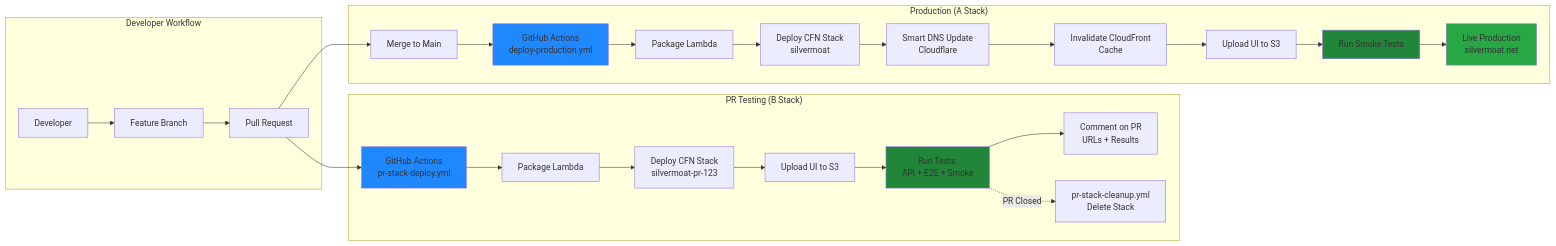
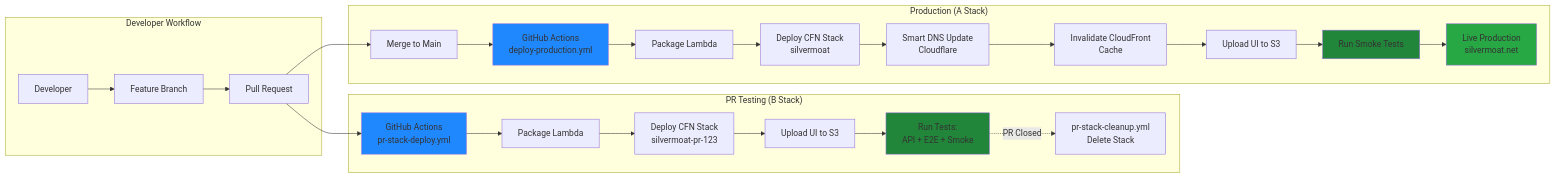
The fifth of 15 diagrams in README.md (SkyflowFoundry/Silvermoat), drawn with Mermaid before and after one commit. The commit also changed other lines of this file and 2 other files, not shown here.

````diff
--- a/README.md
+++ b/README.md
@@ -277,35 +277,34 @@
 ```mermaid
 graph LR
     subgraph "Developer Workflow"
         Dev[Developer] --> Branch[Feature Branch]
         Branch --> PR[Pull Request]
     end
 
     subgraph "PR Testing (B Stack)"
         PR --> GHA1[GitHub Actions<br/>pr-stack-deploy.yml]
         GHA1 --> Package1[Package Lambda]
         Package1 --> Deploy1[Deploy CFN Stack<br/>silvermoat-pr-123]
         Deploy1 --> Upload1[Upload UI to S3]
         Upload1 --> Tests1[Run Tests:<br/>API + E2E + Smoke]
-        Tests1 --> Comment[Comment on PR<br/>URLs + Results]
         Tests1 -.->|PR Closed| Cleanup[pr-stack-cleanup.yml<br/>Delete Stack]
     end
 
     subgraph "Production (A Stack)"
         PR --> Merge[Merge to Main]
         Merge --> GHA2[GitHub Actions<br/>deploy-production.yml]
         GHA2 --> Package2[Package Lambda]
         Package2 --> Deploy2[Deploy CFN Stack<br/>silvermoat]
         Deploy2 --> DNS[Smart DNS Update<br/>Cloudflare]
         DNS --> Cache[Invalidate CloudFront<br/>Cache]
         Cache --> Upload2[Upload UI to S3]
         Upload2 --> Tests2[Run Smoke Tests]
         Tests2 --> Live[Live Production<br/>silvermoat.net]
     end
 
     style GHA1 fill:#2088FF
     style GHA2 fill:#2088FF
     style Tests1 fill:#22863A
     style Tests2 fill:#22863A
     style Live fill:#28A745
 ```
````
